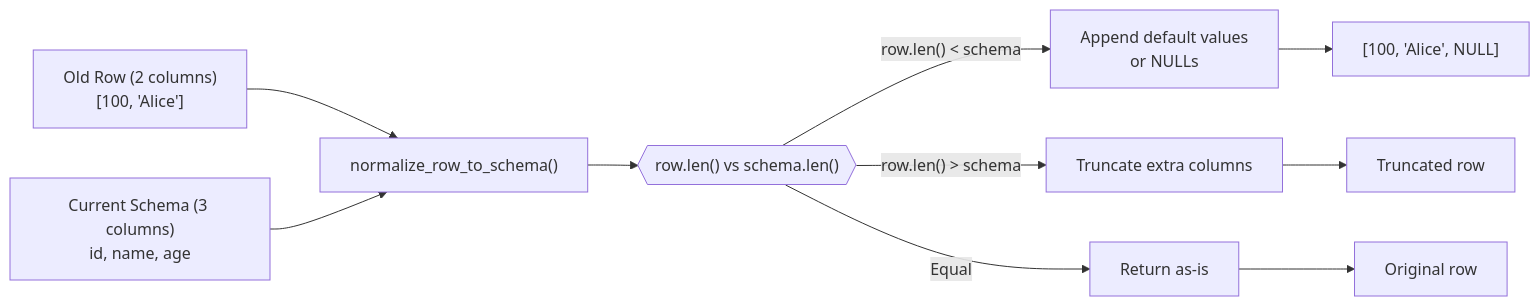
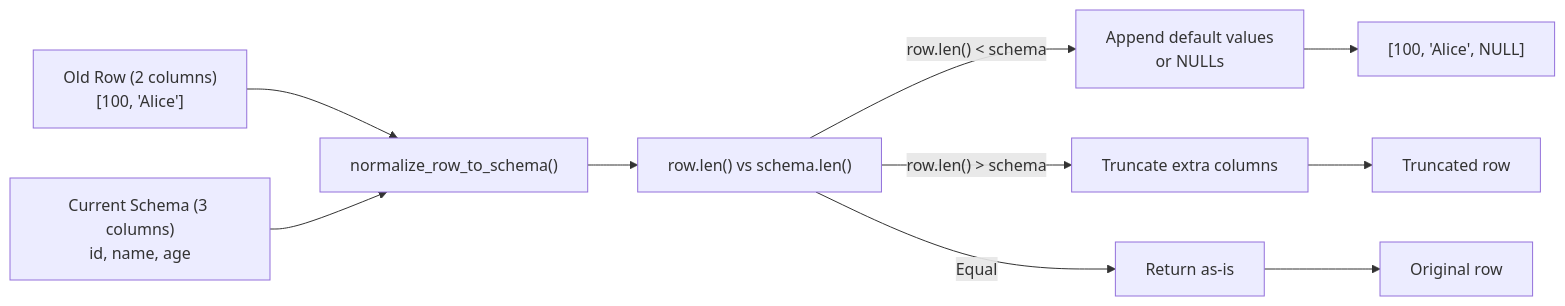
Before and after one commit to oxibase/oxibase: the ninth of 9 diagrams in docs/_docs/architecture/mvcc-implementation.md, drawn with Mermaid. The commit also changed other lines of this file and 20 other files, not shown here.

````diff
--- a/docs/_docs/architecture/mvcc-implementation.md
+++ b/docs/_docs/architecture/mvcc-implementation.md
@@ -435,18 +437,18 @@
 ```mermaid
 graph LR
     OldRow["Old Row (2 columns)<br/>[100, 'Alice']"]
     NewSchema["Current Schema (3 columns)<br/>id, name, age"]
     
     OldRow --> Normalize["normalize_row_to_schema()"]
     NewSchema --> Normalize
     
-    Normalize --> Check{{"row.len() vs schema.len()"}}
+    Normalize --> Check["row.len() vs schema.len()"]
     
     Check -->|"row.len() < schema"| AddDefaults["Append default values<br/>or NULLs"]
     Check -->|"row.len() > schema"| Truncate["Truncate extra columns"]
     Check -->|"Equal"| NoOp["Return as-is"]
     
     AddDefaults --> NewRow["[100, 'Alice', NULL]"]
     Truncate --> NewRow2["Truncated row"]
     NoOp --> NewRow3["Original row"]
 ```
````
